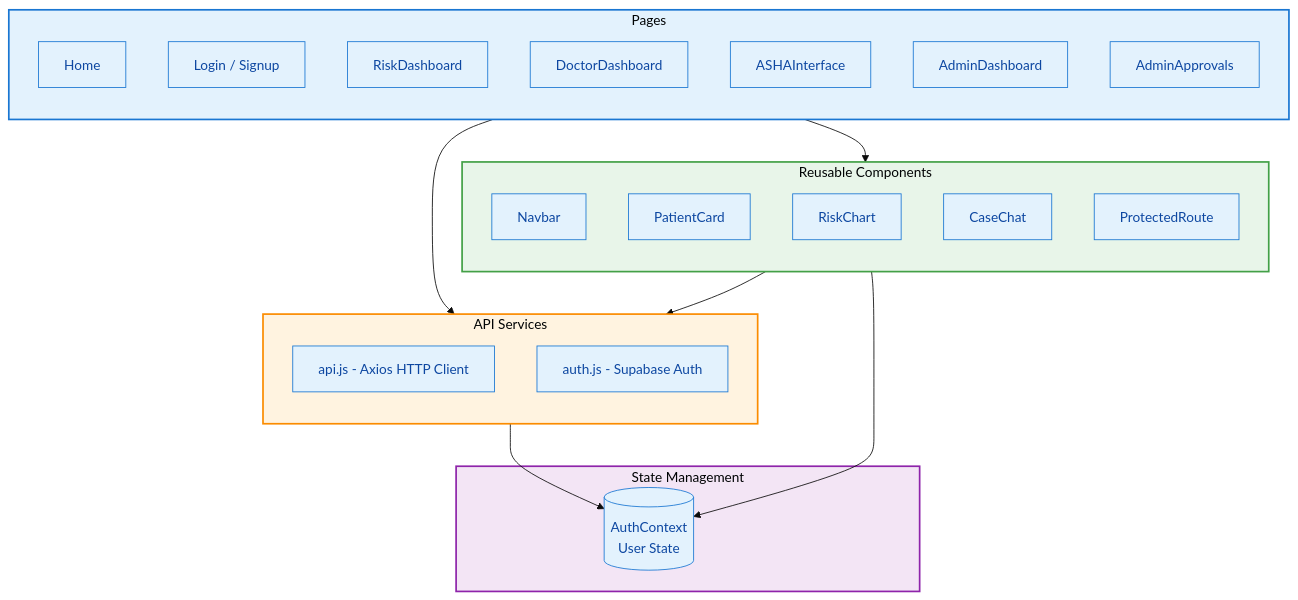
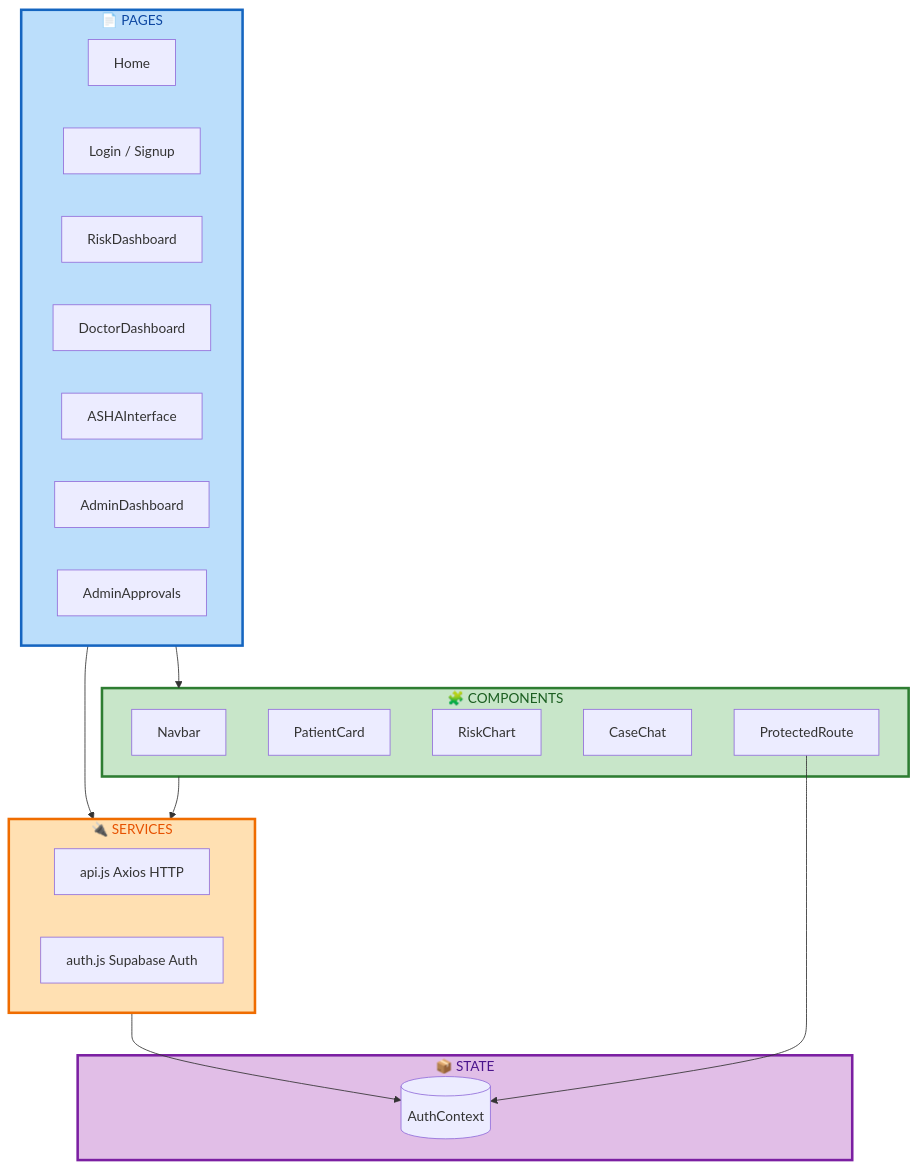
One commit to AIUtsavBot/MatruRaksha_AI_Event changed the second of 8 diagrams in README.md. Above: the diagram before and after it, drawn with Mermaid. The commit also changed other lines of this file, not shown here.

````diff
--- a/README.md
+++ b/README.md
@@ -181,44 +181,40 @@
 ```mermaid
-%%{init: {'theme': 'base', 'themeVariables': { 'primaryColor': '#E3F2FD', 'primaryTextColor': '#0D47A1', 'primaryBorderColor': '#1976D2'}}}%%
 flowchart TB
-    subgraph PAGES[" Pages "]
-        direction TB
+    subgraph PAGES[" 📄 PAGES "]
         Home["Home"]
         Auth["Login / Signup"]
         RiskPage["RiskDashboard"]
         DocPage["DoctorDashboard"]
         ASHAPage["ASHAInterface"]
         AdminPage["AdminDashboard"]
         Approvals["AdminApprovals"]
     end
 
-    subgraph COMPONENTS[" Reusable Components "]
-        direction TB
+    subgraph COMPONENTS[" 🧩 COMPONENTS "]
         Nav["Navbar"]
         Cards["PatientCard"]
         Charts["RiskChart"]
         Chat["CaseChat"]
         Protected["ProtectedRoute"]
     end
 
-    subgraph SERVICES[" API Services "]
-        direction TB
-        ApiSvc["api.js - Axios HTTP Client"]
-        AuthJsSvc["auth.js - Supabase Auth"]
+    subgraph SERVICES[" 🔌 SERVICES "]
+        ApiSvc["api.js Axios HTTP"]
+        AuthJsSvc["auth.js Supabase Auth"]
     end
 
-    subgraph STATE[" State Management "]
-        AuthCtx[("AuthContext\nUser State")]
+    subgraph STATE[" 📦 STATE "]
+        AuthCtx[("AuthContext")]
     end
 
     PAGES --> COMPONENTS
     PAGES --> SERVICES
     COMPONENTS --> SERVICES
     SERVICES --> AuthCtx
     Protected --> AuthCtx
 
-    style PAGES fill:#E3F2FD,stroke:#1976D2,stroke-width:2px
-    style COMPONENTS fill:#E8F5E9,stroke:#43A047,stroke-width:2px
-    style SERVICES fill:#FFF3E0,stroke:#FB8C00,stroke-width:2px
-    style STATE fill:#F3E5F5,stroke:#8E24AA,stroke-width:2px
+    style PAGES fill:#bbdefb,stroke:#1565c0,stroke-width:3px,color:#0d47a1
+    style COMPONENTS fill:#c8e6c9,stroke:#2e7d32,stroke-width:3px,color:#1b5e20
+    style SERVICES fill:#ffe0b2,stroke:#ef6c00,stroke-width:3px,color:#e65100
+    style STATE fill:#e1bee7,stroke:#7b1fa2,stroke-width:3px,color:#4a148c
 ```
````
